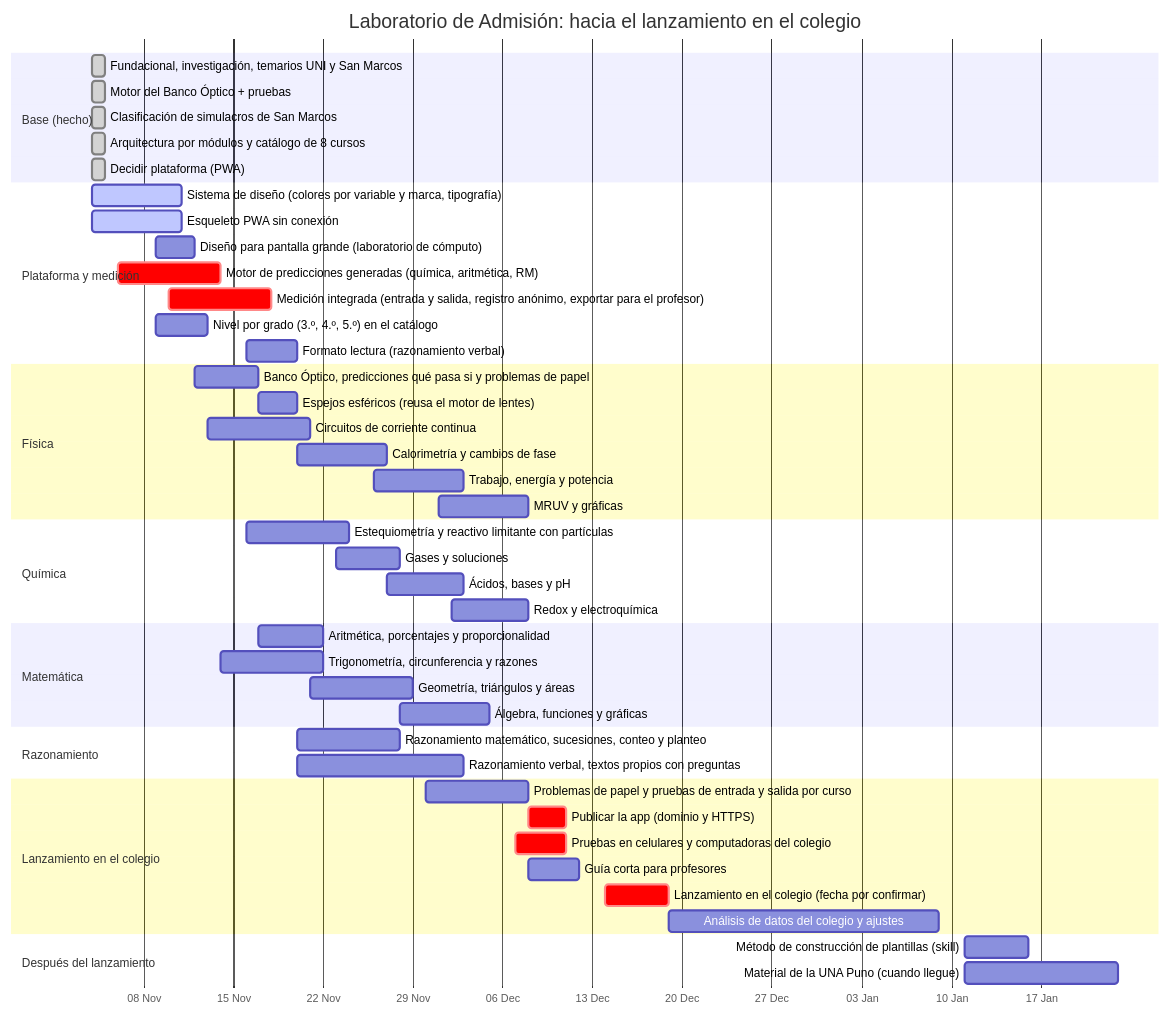
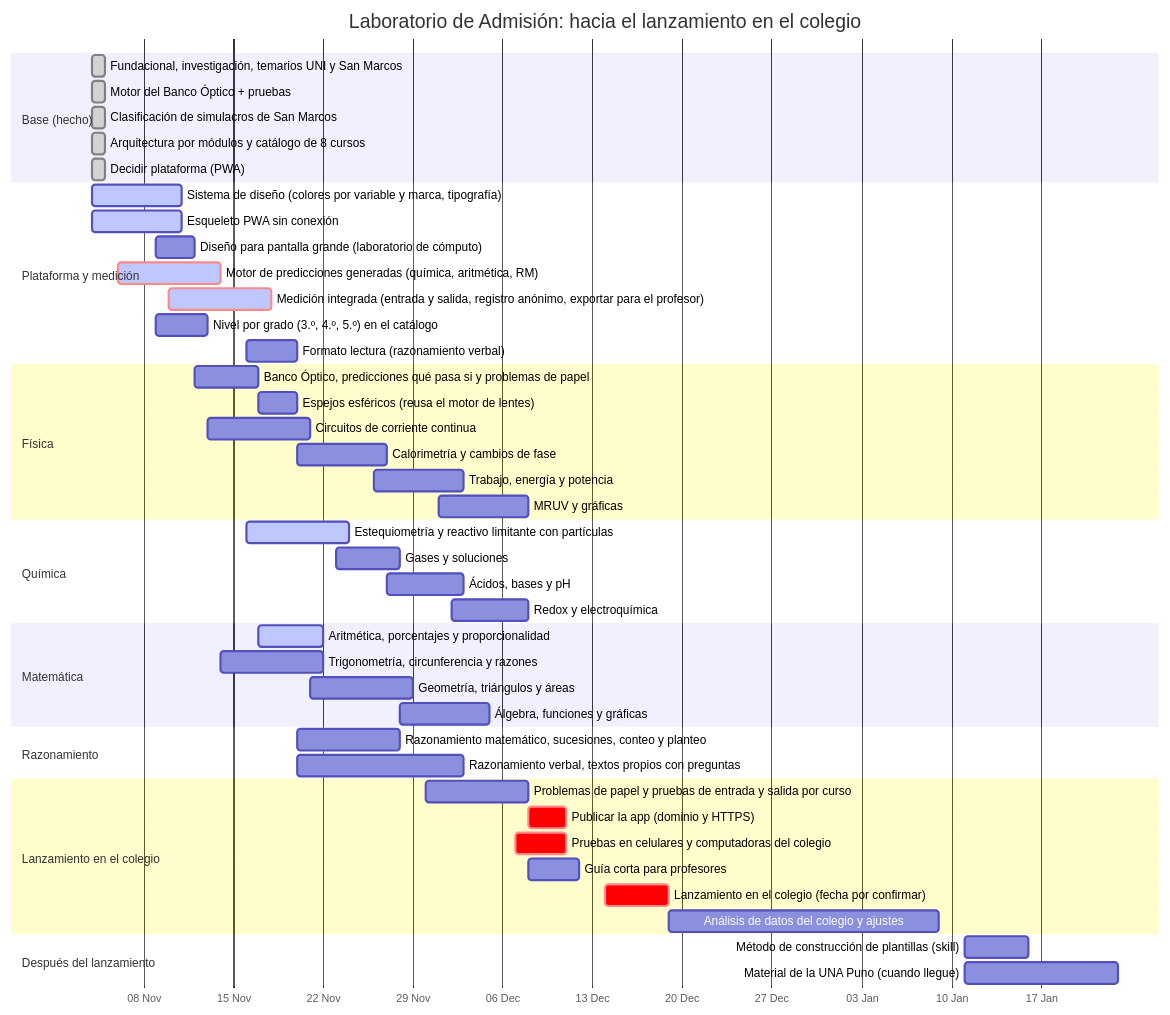
One commit to Eltiokarma/Mesa-de-Estudios changed the diagram in docs/hoja-de-ruta.md. Above: the diagram before and after it, drawn with Mermaid. The commit also changed 30 other files, not shown here.

First line of the commit message:
Motor de predicciones generadas y medición integrada para el lanzamiento

````diff
--- a/docs/hoja-de-ruta.md
+++ b/docs/hoja-de-ruta.md
@@ -52,58 +52,58 @@
 ```mermaid
 gantt
     title Laboratorio de Admisión: hacia el lanzamiento en el colegio
     dateFormat  YYYY-MM-DD
     axisFormat  %d %b
 
     section Base (hecho)
     Fundacional, investigación, temarios UNI y San Marcos :done, f0a, 2026-11-04, 2026-11-05
     Motor del Banco Óptico + pruebas :done, f0b, 2026-11-04, 2026-11-05
     Clasificación de simulacros de San Marcos :done, f0c, 2026-11-04, 2026-11-05
     Arquitectura por módulos y catálogo de 8 cursos :done, f0g, 2026-11-04, 2026-11-05
     Decidir plataforma (PWA) :done, f0d, 2026-11-04, 2026-11-05
 
     section Plataforma y medición
     Sistema de diseño (colores por variable y marca, tipografía) :active, f0e, 2026-11-04, 2026-11-11
     Esqueleto PWA sin conexión :active, f0f, 2026-11-04, 2026-11-11
     Diseño para pantalla grande (laboratorio de cómputo) :pl1, 2026-11-09, 2026-11-12
-    Motor de predicciones generadas (química, aritmética, RM) :crit, pl3, 2026-11-06, 2026-11-14
-    Medición integrada (entrada y salida, registro anónimo, exportar para el profesor) :crit, pl2, 2026-11-10, 2026-11-18
+    Motor de predicciones generadas (química, aritmética, RM) :active, crit, pl3, 2026-11-06, 2026-11-14
+    Medición integrada (entrada y salida, registro anónimo, exportar para el profesor) :active, crit, pl2, 2026-11-10, 2026-11-18
     Nivel por grado (3.º, 4.º, 5.º) en el catálogo :pl5, 2026-11-09, 2026-11-13
     Formato lectura (razonamiento verbal) :pl4, 2026-11-16, 2026-11-20
 
     section Física
     Banco Óptico, predicciones qué pasa si y problemas de papel :fi1, 2026-11-12, 2026-11-17
     Espejos esféricos (reusa el motor de lentes) :fi5, 2026-11-17, 2026-11-20
     Circuitos de corriente continua :fi2, 2026-11-13, 2026-11-21
     Calorimetría y cambios de fase :fi3, 2026-11-20, 2026-11-27
     Trabajo, energía y potencia :fi4, 2026-11-26, 2026-12-03
     MRUV y gráficas :fi6, 2026-12-01, 2026-12-08
 
     section Química
-    Estequiometría y reactivo limitante con partículas :qu1, 2026-11-16, 2026-11-24
+    Estequiometría y reactivo limitante con partículas :active, qu1, 2026-11-16, 2026-11-24
     Gases y soluciones :qu2, 2026-11-23, 2026-11-28
     Ácidos, bases y pH :qu3, 2026-11-27, 2026-12-03
     Redox y electroquímica :qu4, 2026-12-02, 2026-12-08
 
     section Matemática
-    Aritmética, porcentajes y proporcionalidad :ma4, 2026-11-17, 2026-11-22
+    Aritmética, porcentajes y proporcionalidad :active, ma4, 2026-11-17, 2026-11-22
     Trigonometría, circunferencia y razones :ma1, 2026-11-14, 2026-11-22
     Geometría, triángulos y áreas :ma2, 2026-11-21, 2026-11-29
     Álgebra, funciones y gráficas :ma3, 2026-11-28, 2026-12-05
 
     section Razonamiento
     Razonamiento matemático, sucesiones, conteo y planteo :ra1, 2026-11-20, 2026-11-28
     Razonamiento verbal, textos propios con preguntas :ra2, 2026-11-20, 2026-12-03
 
     section Lanzamiento en el colegio
     Problemas de papel y pruebas de entrada y salida por curso :la1, 2026-11-30, 2026-12-08
     Publicar la app (dominio y HTTPS) :crit, la3, 2026-12-08, 2026-12-11
     Pruebas en celulares y computadoras del colegio :crit, la2, 2026-12-07, 2026-12-11
     Guía corta para profesores :la4, 2026-12-08, 2026-12-12
     Lanzamiento en el colegio (fecha por confirmar) :crit, la5, 2026-12-14, 2026-12-19
     Análisis de datos del colegio y ajustes :la6, 2026-12-19, 2027-01-09
 
     section Después del lanzamiento
     Método de construcción de plantillas (skill) :f2a, 2027-01-11, 2027-01-16
     Material de la UNA Puno (cuando llegue) :f2c, 2027-01-11, 2027-01-23
 ```
````
